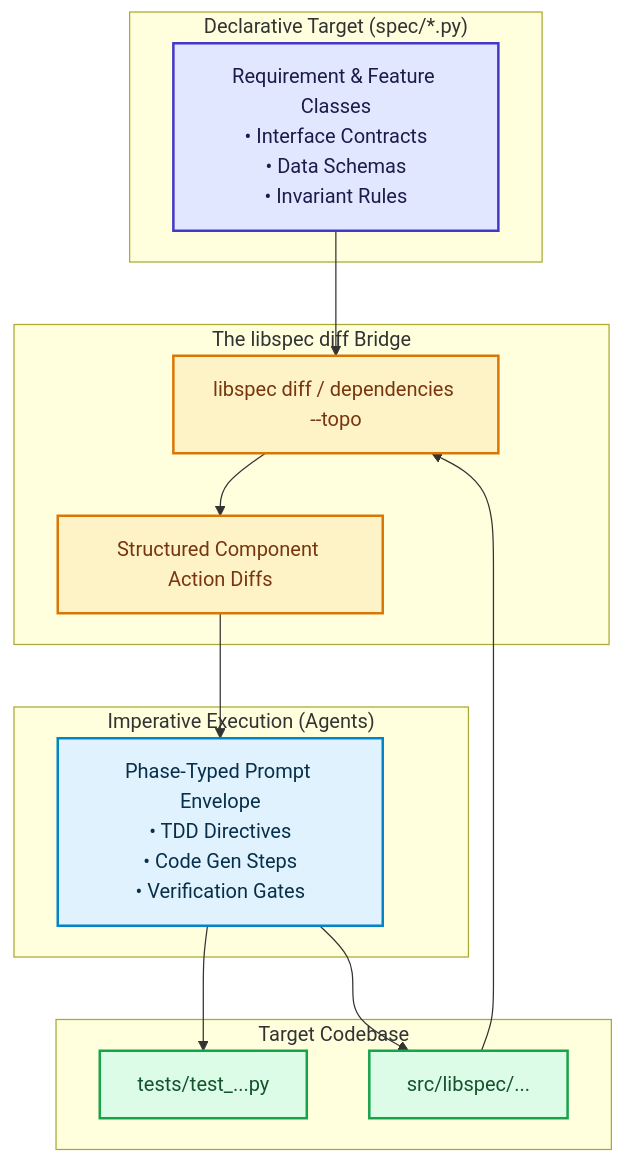
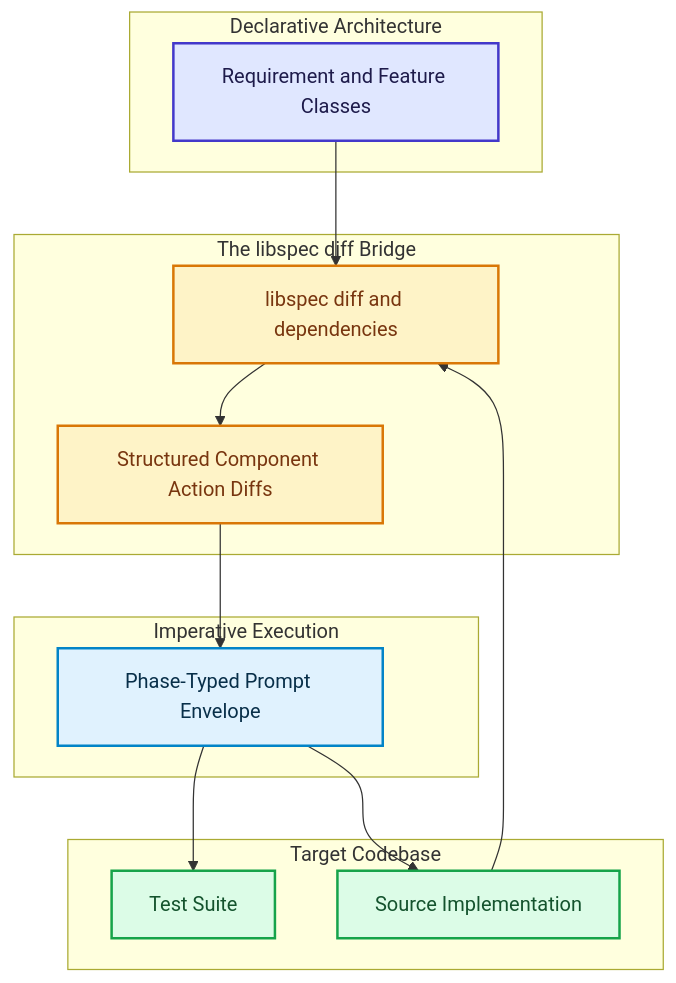
Before and after one commit to drhodes/libspec: the first of 3 diagrams in docs/explanation/typed-prompts.md, drawn with Mermaid. The commit also changed other lines of this file and 6 other files, not shown here.

Commit message:
fix(docs): resolve mermaid 11 syntax errors across documentation diagrams

````diff
--- a/docs/explanation/typed-prompts.md
+++ b/docs/explanation/typed-prompts.md
@@ -19,32 +19,32 @@
 ```mermaid
 flowchart TD
     classDef decl fill:#e0e7ff,stroke:#4338ca,stroke-width:2px,color:#1e1b4b;
     classDef diff fill:#fef3c7,stroke:#d97706,stroke-width:2px,color:#78350f;
     classDef imp fill:#e0f2fe,stroke:#0284c7,stroke-width:2px,color:#082f49;
     classDef code fill:#dcfce7,stroke:#16a34a,stroke-width:2px,color:#14532d;
 
-    subgraph Declarative ["Declarative Target (spec/*.py)"]
-        SpecDoc["Requirement & Feature Classes<br/>• Interface Contracts<br/>• Data Schemas<br/>• Invariant Rules"]:::decl
+    subgraph Declarative ["Declarative Architecture"]
+        SpecDoc["Requirement and Feature Classes"]:::decl
     end
 
     subgraph Compiler ["The libspec diff Bridge"]
-        DiffOp["libspec diff / dependencies --topo"]:::diff
+        DiffOp["libspec diff and dependencies"]:::diff
         ActionDelta["Structured Component Action Diffs"]:::diff
     end
 
-    subgraph Imperative ["Imperative Execution (Agents)"]
-        TaskPrompt["Phase-Typed Prompt Envelope<br/>• TDD Directives<br/>• Code Gen Steps<br/>• Verification Gates"]:::imp
+    subgraph Imperative ["Imperative Execution"]
+        TaskPrompt["Phase-Typed Prompt Envelope"]:::imp
     end
 
     subgraph Production ["Target Codebase"]
-        Src["src/libspec/..."]:::code
-        Tests["tests/test_...py"]:::code
+        Src["Source Implementation"]:::code
+        Tests["Test Suite"]:::code
     end
 
     SpecDoc --> DiffOp
     Src --> DiffOp
     DiffOp --> ActionDelta
     ActionDelta --> TaskPrompt
     TaskPrompt --> Tests
     TaskPrompt --> Src
 ```
````
